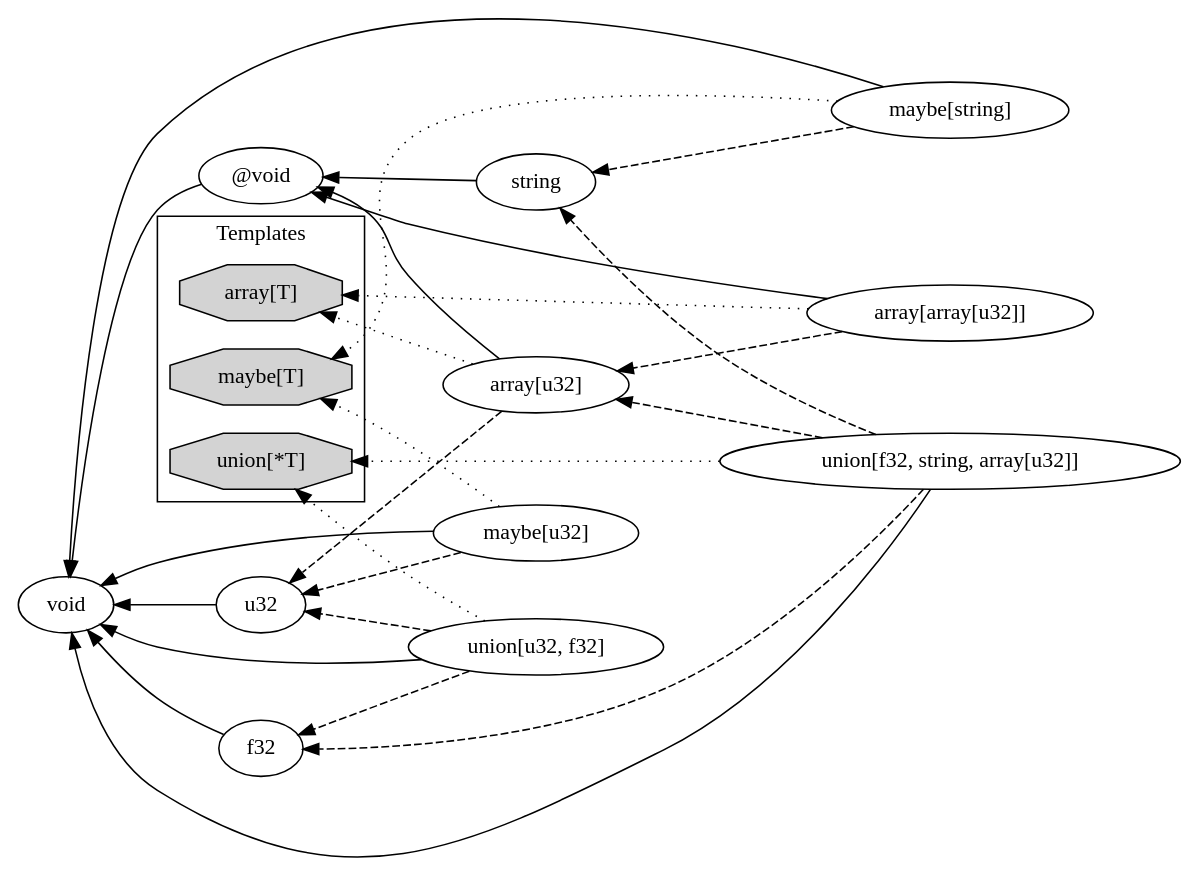
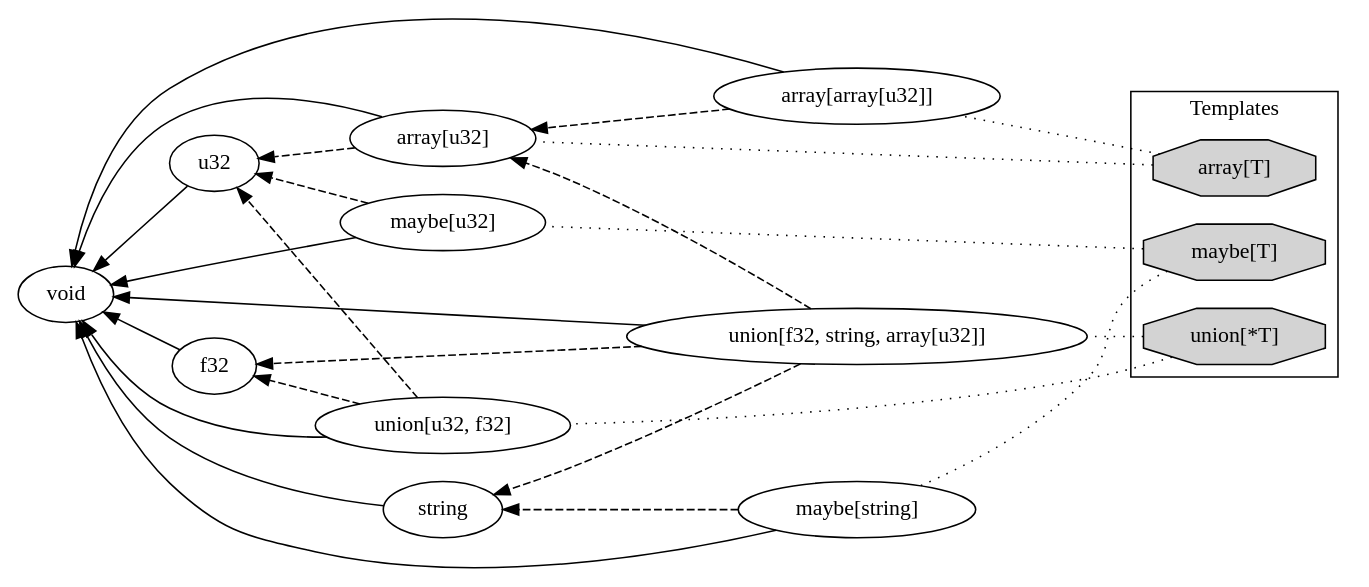
The diagram in files/src/K0001/types0.dot (gcrois/gcrois.github.io), drawn with Graphviz before and after one commit. The commit also changed 1 other file, not shown here.

Commit message:
updated diagram

```diff
--- a/files/src/K0001/types0.dot
+++ b/files/src/K0001/types0.dot
@@ -1,51 +1,45 @@
 digraph {
-#    layout="fdp";
+    #layout="fdp";
     rankdir="RL";
 
     subgraph cluster_0 {
-        rank="same";
+        rank=same;
         label="Templates";
+
         array [label="array[T]", shape="octagon", style="filled"];
         maybe [label="maybe[T]", shape="octagon", style="filled"];
         union [label="union[*T]", shape="octagon", style="filled"];
     }
 
-    avoid [label="@void"];
+    array -> array0 [style="dotted", arrowhead="none"];
+    array -> array1 [style="dotted", arrowhead="none"];
+    maybe -> maybe0 [style="dotted", arrowhead="none"];
+    maybe -> maybe1 [style="dotted", arrowhead="none"];
+    union -> union0 [style="dotted", arrowhead="none"];
+    union -> union1 [style="dotted", arrowhead="none"];
 
-    u32, f32 -> void;
-    avoid -> void;
 
-    string [label="string"];
-    string -> avoid;
+    f32, u32, string -> void;
+    maybe0, maybe1 -> void;
+    array0, array1 -> void;
+    union0, union1 -> void;
 
     array0 [label="array[u32]"];
-    array0 -> array [style="dotted"];
     array0 -> u32 [style="dashed"];
-    array0 -> avoid;
 
     array1 [label="array[array[u32]]"];
-    array1 -> array [style="dotted"];
     array1 -> array0 [style="dashed"];
-    array1 -> avoid;
-
+    
     maybe0 [label="maybe[u32]"];
-    maybe0 -> maybe [style="dotted"];
     maybe0 -> u32 [style="dashed"];
-    maybe0 -> void;
     
     maybe1 [label="maybe[string]"];
-    maybe1 -> maybe [style="dotted"];
     maybe1 -> string [style="dashed"];
-    maybe1 -> void;
 
     union0 [label="union[f32, string, array[u32]]"];
-    union0 -> union [style="dotted"];
     union0 -> f32, string, array0 [style="dashed"];
-    union0 -> void;
 
     union1 [label="union[u32, f32]"];
-    union1 -> union [style="dotted"];
     union1 -> u32, f32 [style="dashed"];
-    union1 -> void;
 
 }
```
